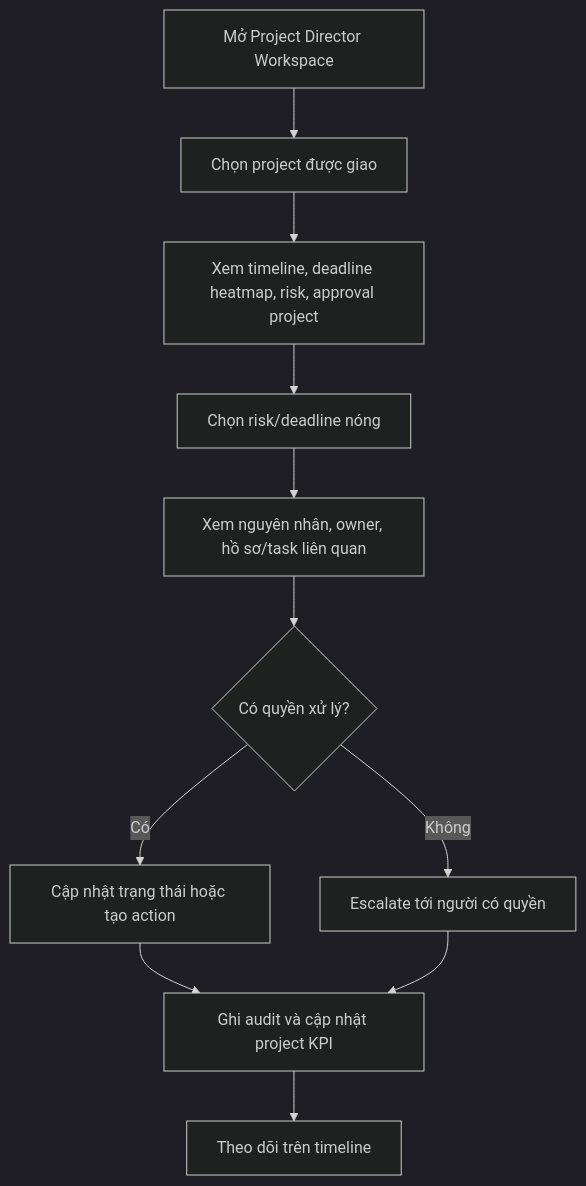
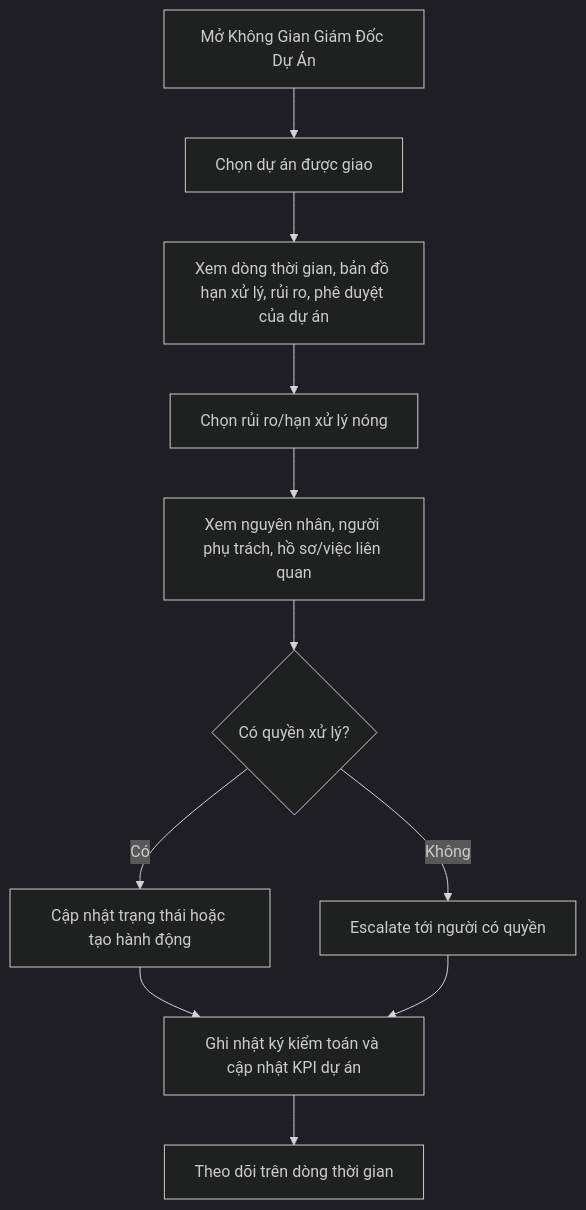
Before and after one commit to shomesgroupvietnam-cyber/greennest-bo: the third of 5 diagrams in _bmad-output/planning-artifacts/ux-design-specification/user-journey-flows.md, drawn with Mermaid (dark theme). The commit also changed other lines of this file and 145 other files, not shown here.

````diff
--- a/_bmad-output/planning-artifacts/ux-design-specification/user-journey-flows.md
+++ b/_bmad-output/planning-artifacts/ux-design-specification/user-journey-flows.md
@@ -53,13 +53,13 @@
 ```mermaid
 flowchart TD
-  A[Mở Project Director Workspace] --> B[Chọn project được giao]
-  B --> C[Xem timeline, deadline heatmap, risk, approval project]
-  C --> D[Chọn risk/deadline nóng]
-  D --> E[Xem nguyên nhân, owner, hồ sơ/task liên quan]
+  A[Mở Không Gian Giám Đốc Dự Án] --> B[Chọn dự án được giao]
+  B --> C[Xem dòng thời gian, bản đồ hạn xử lý, rủi ro, phê duyệt của dự án]
+  C --> D[Chọn rủi ro/hạn xử lý nóng]
+  D --> E[Xem nguyên nhân, người phụ trách, hồ sơ/việc liên quan]
   E --> F{Có quyền xử lý?}
-  F -->|Có| G[Cập nhật trạng thái hoặc tạo action]
+  F -->|Có| G[Cập nhật trạng thái hoặc tạo hành động]
   F -->|Không| H[Escalate tới người có quyền]
-  G --> I[Ghi audit và cập nhật project KPI]
+  G --> I[Ghi nhật ký kiểm toán và cập nhật KPI dự án]
   H --> I
-  I --> J[Theo dõi trên timeline]
+  I --> J[Theo dõi trên dòng thời gian]
 ```
````
